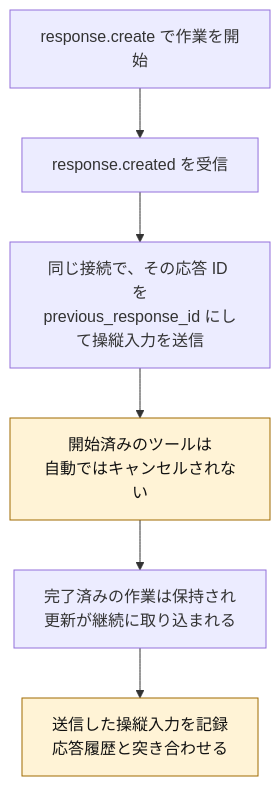
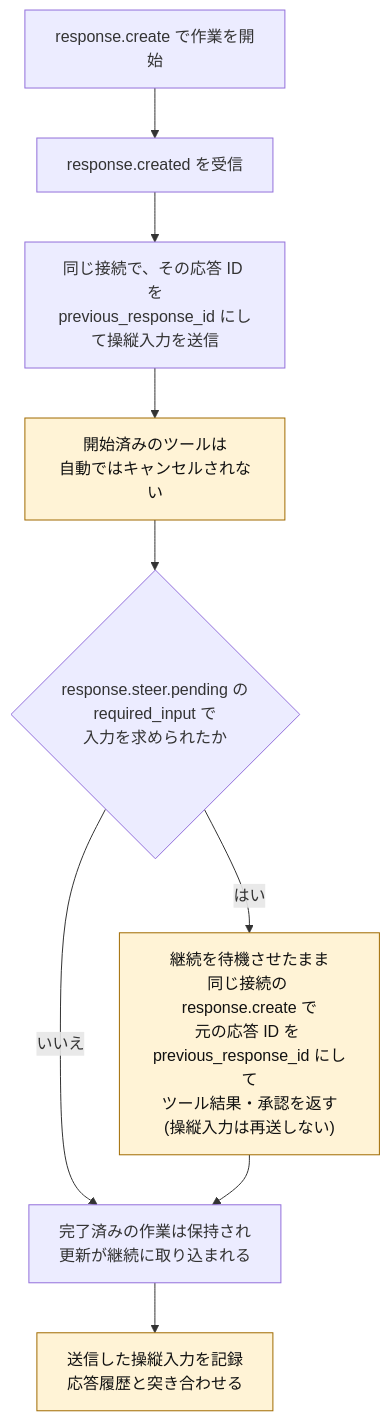
Before and after one commit to myoshi2891/Comparison-of-LLMs: the eighth of 12 diagrams in Openai-gpt-6-astra-best-practices-guide.md, drawn with Mermaid. The commit also changed other lines of this file, not shown here.

Commit message:
docs(openai): add lower-bound check to reasoning flow and pending input branch to steering in Astra guide

````diff
--- a/Openai-gpt-6-astra-best-practices-guide.md
+++ b/Openai-gpt-6-astra-best-practices-guide.md
@@ -523,10 +525,13 @@
 ```mermaid
 flowchart TB
   A["response.create で作業を開始"] --> B["response.created を受信"]
   B --> C["同じ接続で、その応答 ID を<br/>previous_response_id にして操縦入力を送信"]
   C --> T["開始済みのツールは<br/>自動ではキャンセルされない"]
-  T --> D["完了済みの作業は保持され<br/>更新が継続に取り込まれる"]
+  T --> P{"response.steer.pending の<br/>required_input で<br/>入力を求められたか"}
+  P -- "いいえ" --> D["完了済みの作業は保持され<br/>更新が継続に取り込まれる"]
+  P -- "はい" --> W["継続を待機させたまま<br/>同じ接続の response.create で<br/>元の応答 ID を previous_response_id にして<br/>ツール結果・承認を返す<br/>(操縦入力は再送しない)"]
+  W --> D
   D --> E["送信した操縦入力を記録<br/>応答履歴と突き合わせる"]
   classDef warn fill:#fff3d6,stroke:#a06a00,color:#111
-  class T,E warn
+  class T,W,E warn
 ```
````
